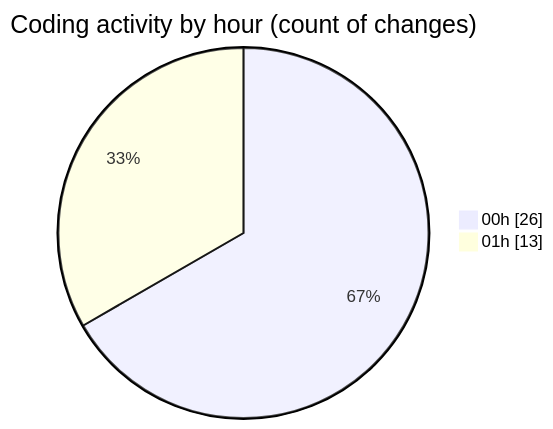
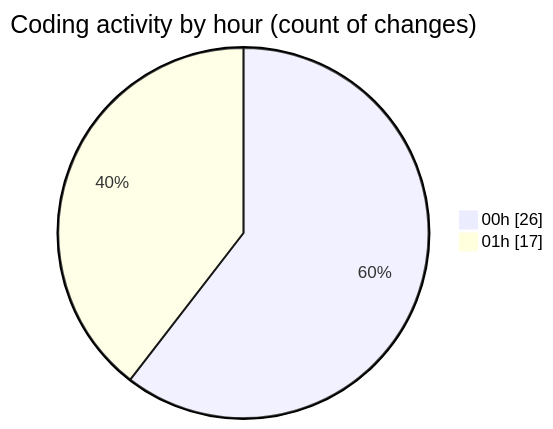
One commit to lephambinh05/code-tracking changed the second of 2 diagrams in 2025-08-17/rentotp/README.md. Above: the diagram before and after it, drawn with Mermaid. The commit also changed other lines of this file and 1 other file, not shown here.

````diff
--- a/2025-08-17/rentotp/README.md
+++ b/2025-08-17/rentotp/README.md
@@ -44,6 +44,6 @@
 ```mermaid
 pie showData
 title Coding activity by hour (count of changes)
 "00h" : 26
-"01h" : 13
+"01h" : 17
 ```
````
